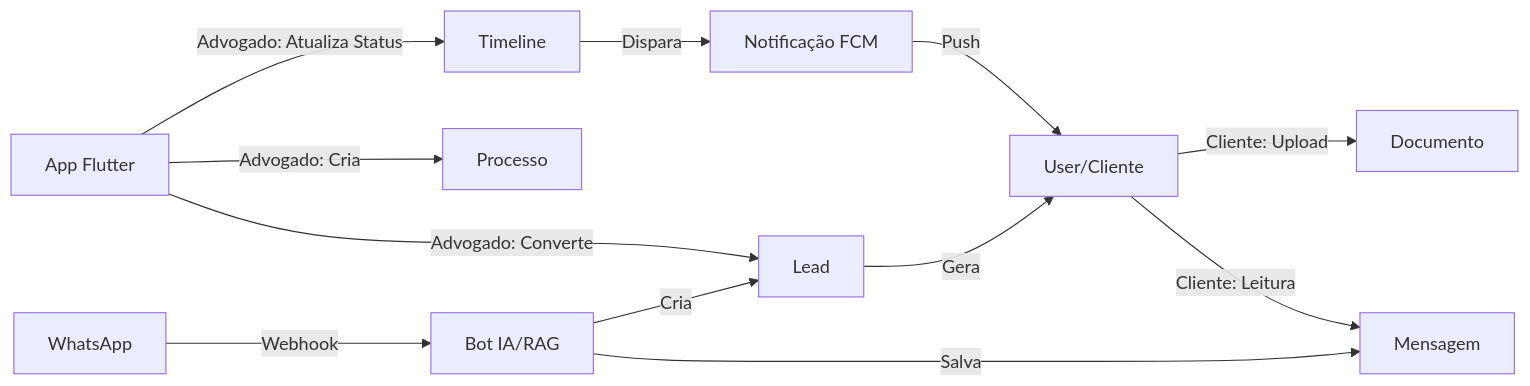
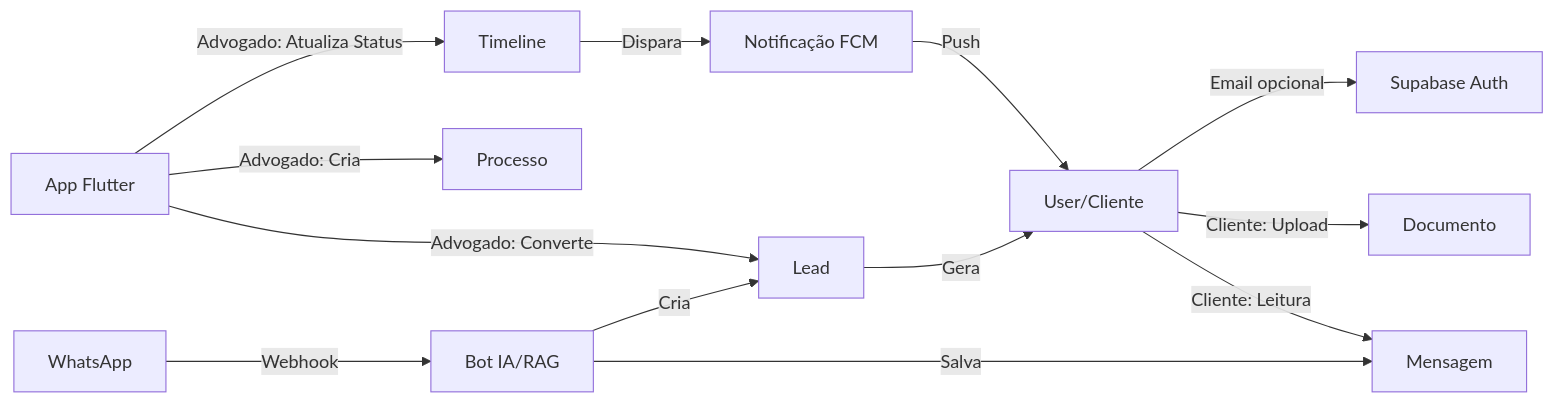
One commit to gitmachado/themis-aurora-g5 changed the third of 3 diagrams in documentation/architecture.md. Above: the diagram before and after it, drawn with Mermaid. The commit also changed other lines of this file, not shown here.

Commit message:
🌟feat: G5-26 integrate Supabase Auth for email/password validation and user linking

````diff
--- a/documentation/architecture.md
+++ b/documentation/architecture.md
@@ -197,14 +200,15 @@
 ```mermaid
 flowchart LR
     WA[WhatsApp] -->|Webhook| BOT[Bot IA/RAG]
     BOT -->|Cria| LEAD[Lead]
     BOT -->|Salva| MSG[Mensagem]
     APP[App Flutter] -->|Advogado: Converte| LEAD
     LEAD -->|Gera| USER[User/Cliente]
+    USER -->|Email opcional| AUTH[Supabase Auth]
     APP -->|Advogado: Cria| PROC[Processo]
     APP -->|Advogado: Atualiza Status| TL[Timeline]
     TL -->|Dispara| NOTIF[Notificação FCM]
     NOTIF -->|Push| USER
     USER -->|Cliente: Upload| DOC[Documento]
     USER -->|Cliente: Leitura| MSG
 ```
````
